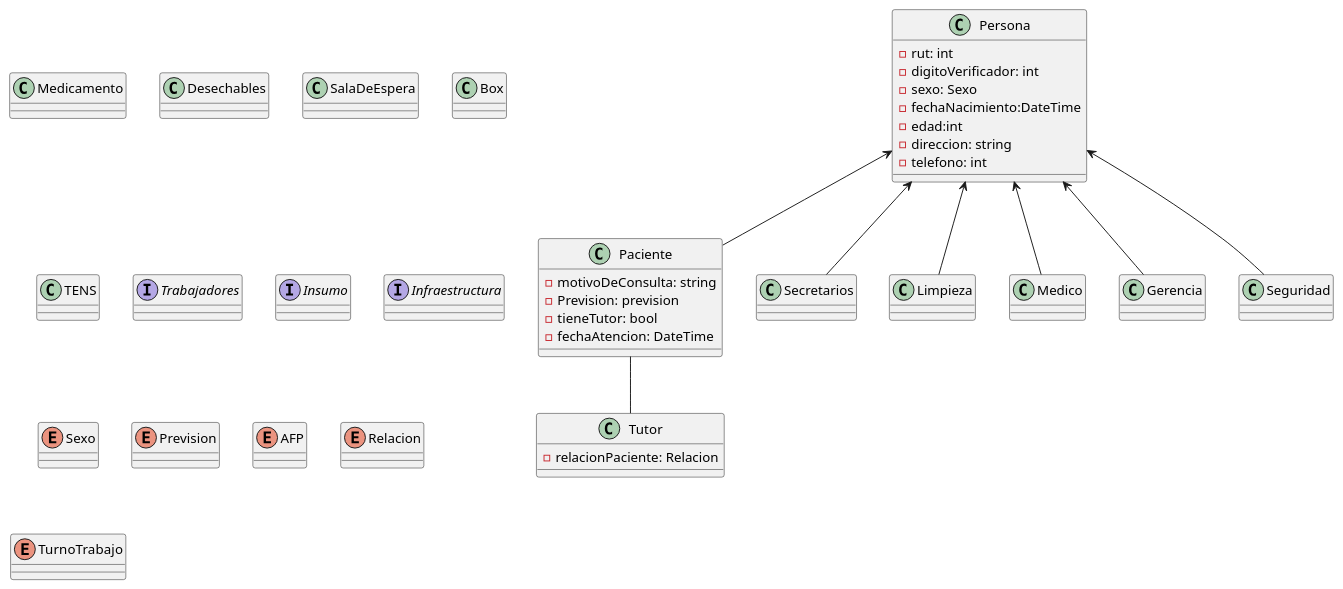
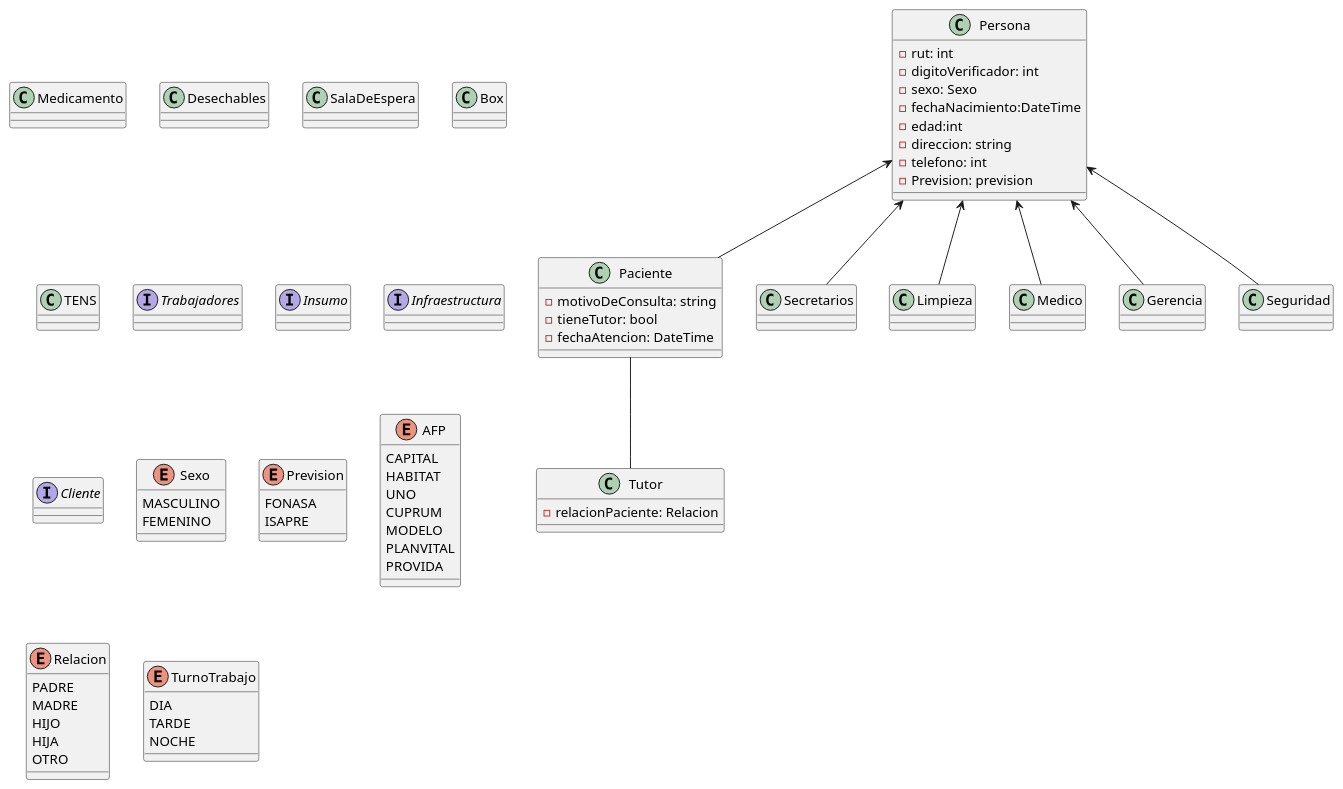
One commit to ecadiz123/ProyectoAvaloniaProgra2 changed the diagram in consultorio.puml. Above: the diagram before and after it, drawn with PlantUML. The commit also changed 3 other files, not shown here.

```diff
--- a/consultorio.puml
+++ b/consultorio.puml
@@ -1,65 +1,79 @@
 @startuml clinicaApp
 class Persona{
     - rut: int
     - digitoVerificador: int
     - sexo: Sexo
     - fechaNacimiento:DateTime
     - edad:int
     - direccion: string
     - telefono: int 
+    - Prevision: prevision
 }
 class Paciente{
-    -motivoDeConsulta: string 
-    - Prevision: prevision
+    - motivoDeConsulta: string 
     - tieneTutor: bool
     - fechaAtencion: DateTime
 }
 class Tutor{
     - relacionPaciente: Relacion
-    
 }
 class Secretarios{}
 class Limpieza{}
 class Medico{
 
 }
 class Gerencia{}
 class Medicamento {}
 class Desechables {}
 class SalaDeEspera {}
 class Box{}
 class TENS{}
 class Seguridad{}
 
 interface Trabajadores{}
 interface Insumo {}
 interface Infraestructura{}
+interface Cliente{}
 
 enum Sexo{
-
+    MASCULINO
+    FEMENINO
 }
 enum Prevision{
-
+    FONASA
+    ISAPRE
 }
 
 enum AFP{
-
+    CAPITAL
+    HABITAT
+    UNO
+    CUPRUM
+    MODELO
+    PLANVITAL
+    PROVIDA
 }
 enum Relacion{
-
+    PADRE
+    MADRE
+    HIJO
+    HIJA
+    OTRO
 }
 enum TurnoTrabajo{
-
+    DIA
+    TARDE
+    NOCHE
 }
 
 'Relaciones 
 'Herencias
 Persona<-- Paciente 
 Persona<-- Secretarios 
 Persona<-- Limpieza 
 Persona<-- Medico 
 Persona<-- Gerencia 
 Persona<-- Seguridad 
 'Asociaciones
 Paciente -- Tutor
 @enduml
```
